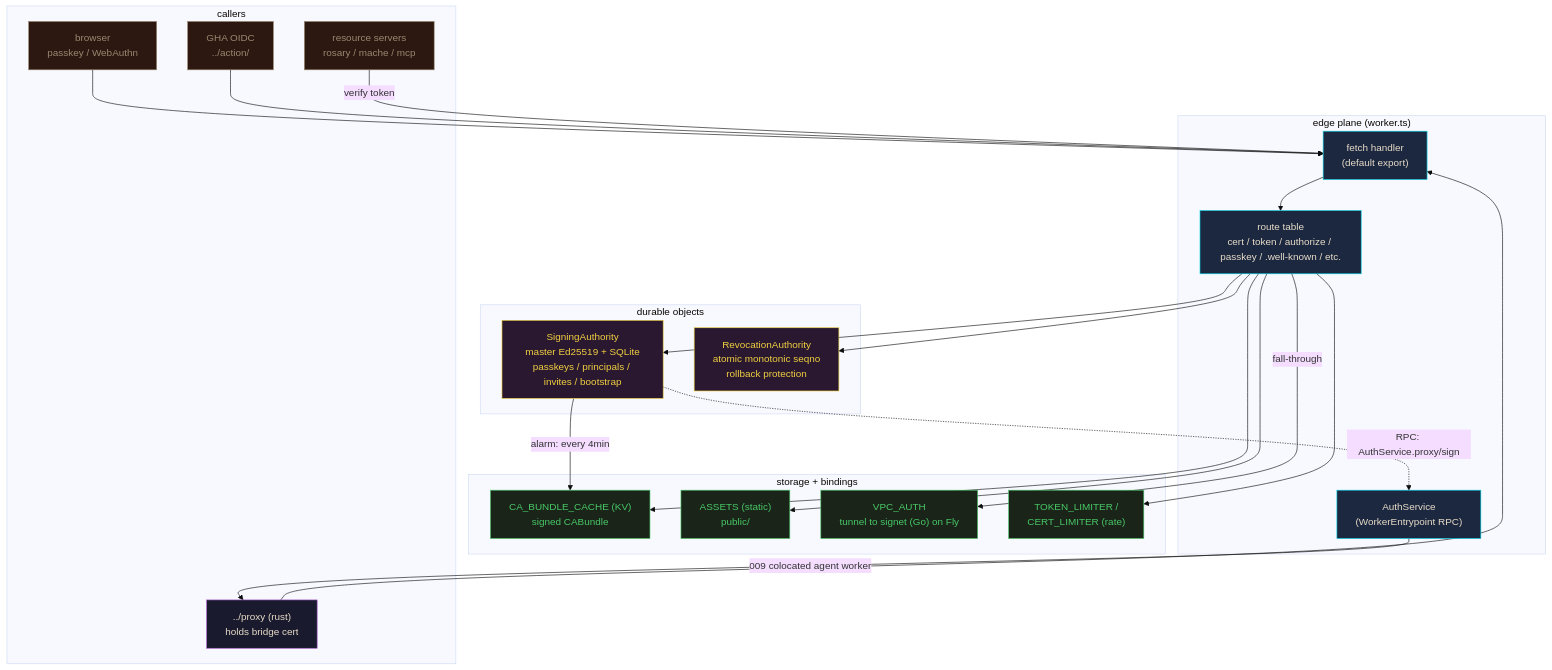
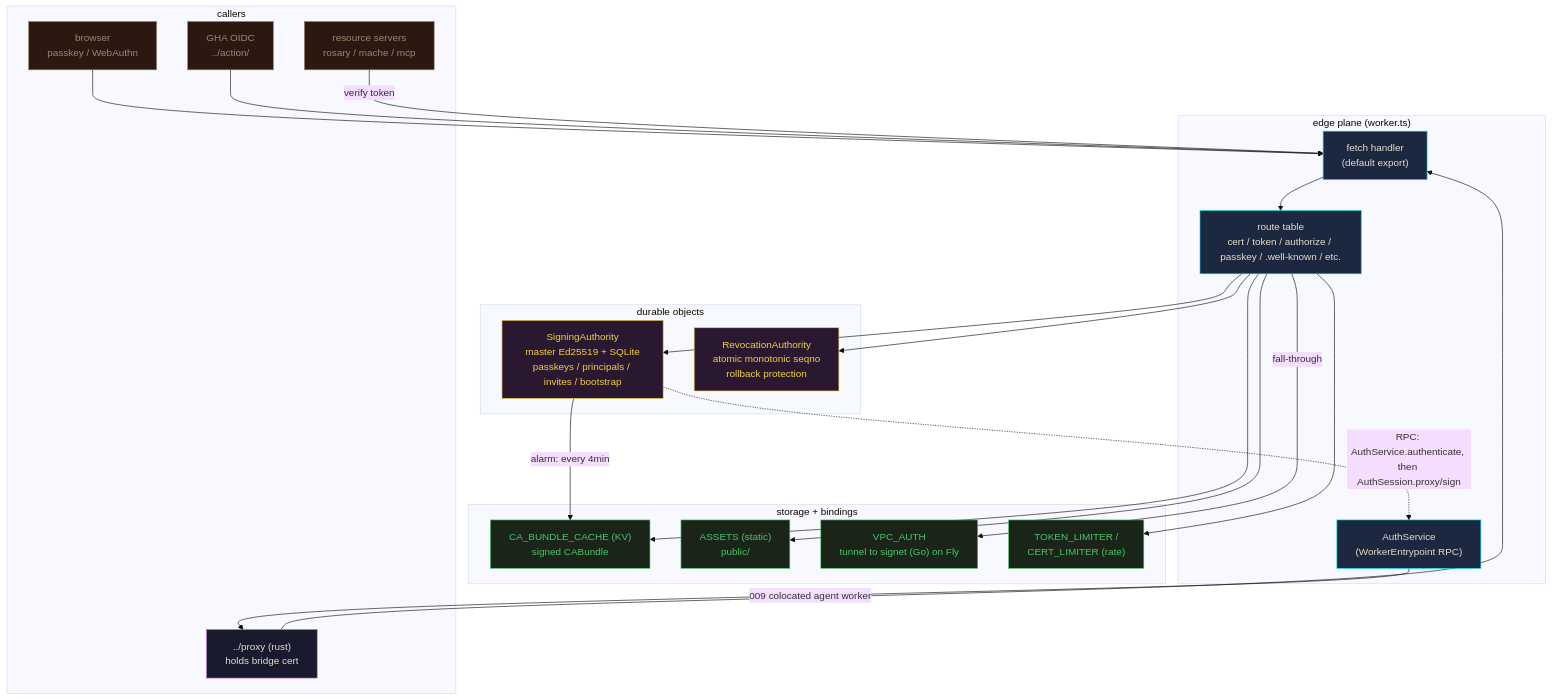
The first of 2 diagrams in worker/README.md (agentic-research/notme), drawn with Mermaid (base theme) before and after one commit. The commit also changed 17 other files, not shown here.

First line of the commit message:
[notme-153f03] fix(worker): authenticate() returns an AuthSession; proxy/sign live on it

````diff
--- a/worker/README.md
+++ b/worker/README.md
@@ -13,51 +13,51 @@
 ```mermaid
 flowchart TB
     classDef edge fill:#1c2840,stroke:#00d4e8,color:#e8dcc8
     classDef do fill:#2a1830,stroke:#f0d040,color:#f0d040
     classDef store fill:#1a2418,stroke:#48c868,color:#48c868
     classDef ext fill:#2c1810,stroke:#988870,color:#988870
     classDef local fill:#1a1a2e,stroke:#ad60d0,color:#e8dcc8
 
     subgraph edge_plane ["edge plane (worker.ts)"]
         Fetch["fetch handler<br/>(default export)"]:::edge
         AuthSvc["AuthService<br/>(WorkerEntrypoint RPC)"]:::edge
         Routes["route table<br/>cert / token / authorize / passkey / .well-known / etc."]:::edge
     end
 
     subgraph dos ["durable objects"]
         SA["SigningAuthority<br/>master Ed25519 + SQLite<br/>passkeys / principals / invites / bootstrap"]:::do
         RA["RevocationAuthority<br/>atomic monotonic seqno<br/>rollback protection"]:::do
     end
 
     subgraph storage ["storage + bindings"]
         KV["CA_BUNDLE_CACHE (KV)<br/>signed CABundle"]:::store
         Assets["ASSETS (static)<br/>public/"]:::store
         VPC["VPC_AUTH<br/>tunnel to signet (Go) on Fly"]:::store
         RL["TOKEN_LIMITER /<br/>CERT_LIMITER (rate)"]:::store
     end
 
     subgraph clients ["callers"]
         Browser["browser<br/>passkey / WebAuthn"]:::ext
         GHA["GHA OIDC<br/>../action/"]:::ext
         Proxy["../proxy (rust)<br/>holds bridge cert"]:::local
         SDK["resource servers<br/>rosary / mache / mcp"]:::ext
     end
 
     Browser --> Fetch
     GHA --> Fetch
     Proxy --> Fetch
     SDK -->|verify token| Fetch
 
     Fetch --> Routes
     Routes --> SA
     Routes --> RA
     Routes --> KV
     Routes --> Assets
     Routes -->|fall-through| VPC
     Routes --> RL
 
     SA -->|alarm: every 4min| KV
-    SA -.->|RPC: AuthService.proxy/sign| AuthSvc
+    SA -.->|RPC: AuthService.authenticate, then AuthSession.proxy/sign| AuthSvc
 
     AuthSvc -->|009 colocated agent worker| Proxy
 ```
````
